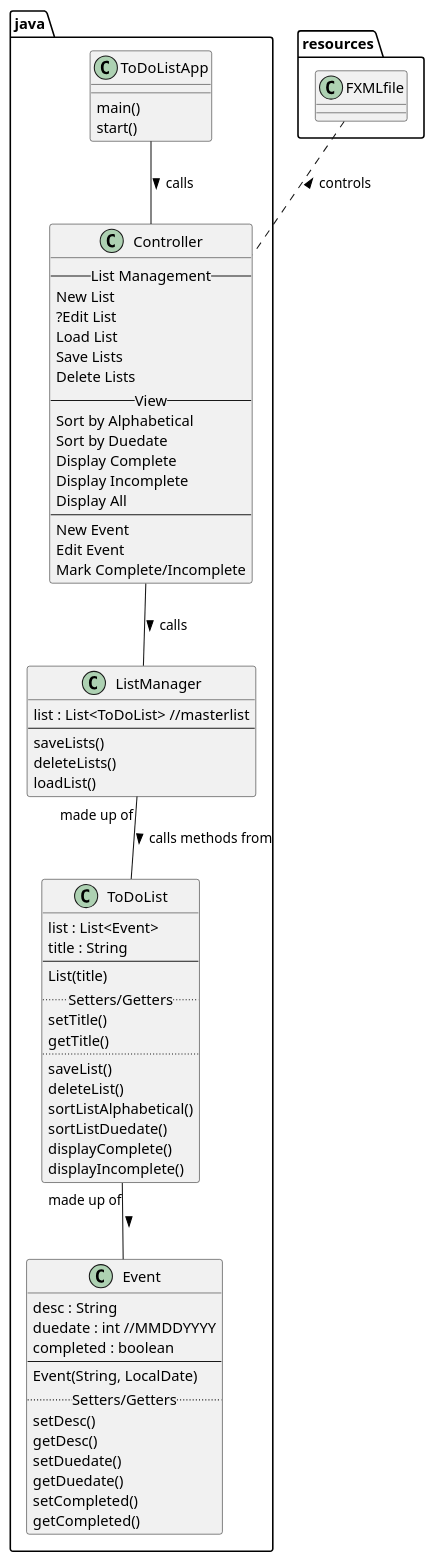
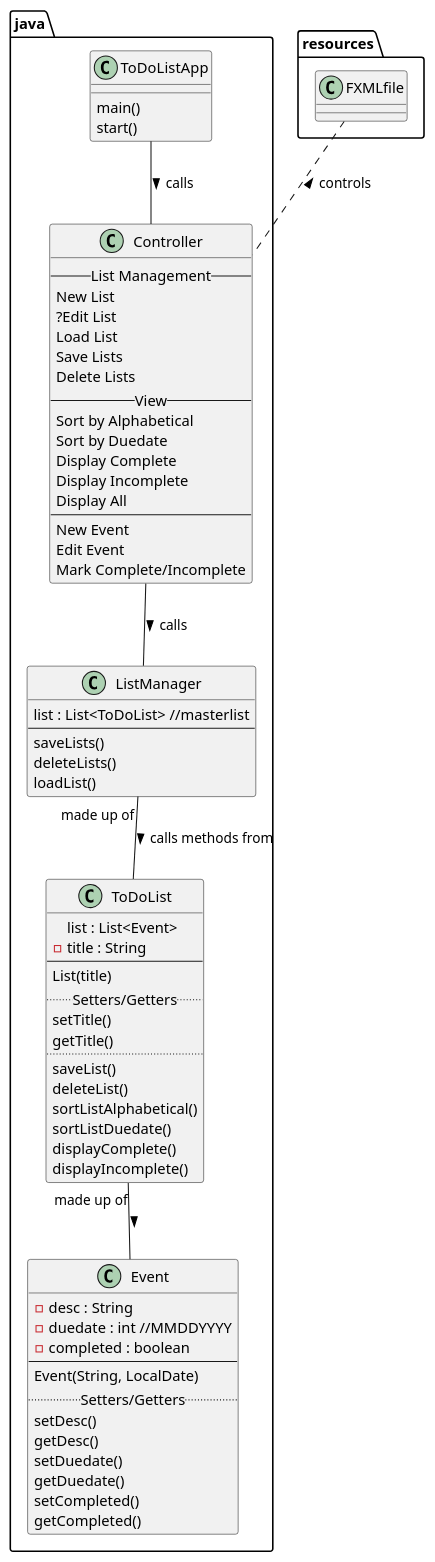
The diagram in uml/ListManager.puml (kiwibrie/juntunen-cop3330-assignment4part2), drawn with PlantUML before and after one commit.

Commit message:
minor edits to puml

```diff
--- a/uml/ListManager.puml
+++ b/uml/ListManager.puml
@@ -1,76 +1,76 @@
 @startuml
 'https://plantuml.com/class-diagram
 
 class java.ListManager{
 list : List<ToDoList> //masterlist
 --
 saveLists()
 deleteLists()
 loadList()
 }
 
 class java.ToDoList {
 list : List<Event>
-title : String
+-title : String
 --
 List(title)
 ..Setters/Getters..
 setTitle()
 getTitle()
 ..
 saveList()
 deleteList()
 sortListAlphabetical()
 sortListDuedate()
 displayComplete()
 displayIncomplete()
 }
 
 class java.Event {
-desc : String
-duedate : int //MMDDYYYY
-completed : boolean
+-desc : String
+-duedate : int //MMDDYYYY
+-completed : boolean
 --
 Event(String, LocalDate)
 ..Setters/Getters..
 setDesc()
 getDesc()
 setDuedate()
 getDuedate()
 setCompleted()
 getCompleted()
 }
 
 java.ToDoList "made up of" -- java.Event : >
 java.ListManager "made up of" -- java.ToDoList : > calls methods from
 
 java.ToDoListApp -- java.Controller : > calls
 resources.FXMLfile .. java.Controller : < controls
 java.Controller -- java.ListManager : > calls
 
 
 class java.Controller{
 --List Management--
 New List
 ?Edit List
 Load List
 Save Lists
 Delete Lists
 --View--
 Sort by Alphabetical
 Sort by Duedate
 Display Complete
 Display Incomplete
 Display All
 --
 New Event
 Edit Event
 Mark Complete/Incomplete
 }
 
 class java.ToDoListApp{
 main()
 start()
 }
 
 @enduml
```
